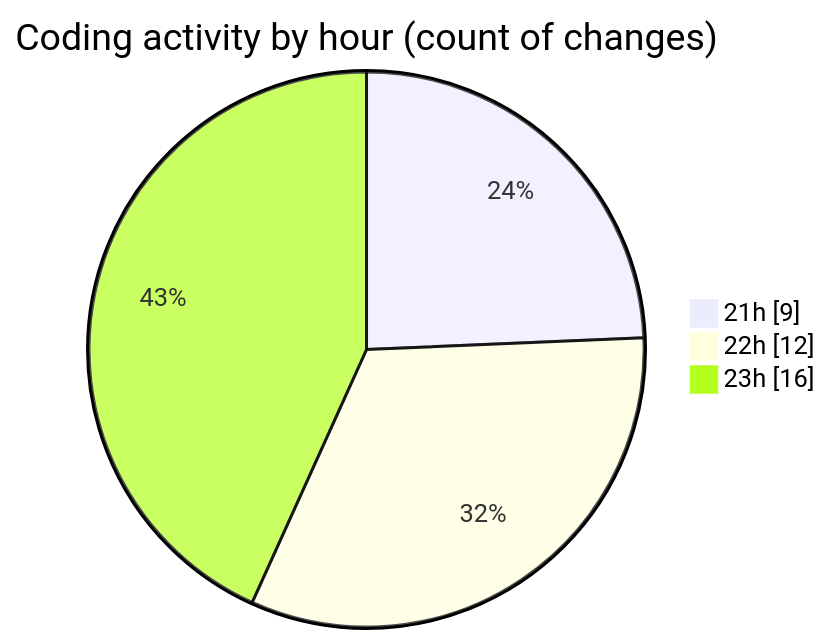
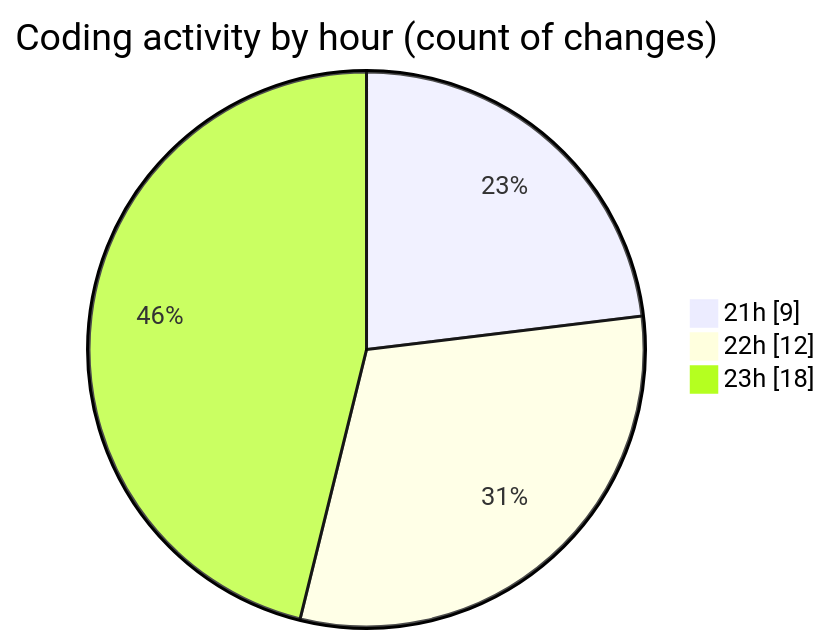
The second of 2 diagrams in 2025-03-29/autodidak/README.md (idhammustaqopulfikri/code-tracking), drawn with Mermaid before and after one commit. The commit also changed other lines of this file and 1 other file, not shown here.

````diff
--- a/2025-03-29/autodidak/README.md
+++ b/2025-03-29/autodidak/README.md
@@ -37,7 +37,7 @@
 ```mermaid
 pie showData
 title Coding activity by hour (count of changes)
 "21h" : 9
 "22h" : 12
-"23h" : 16
+"23h" : 18
 ```
````
